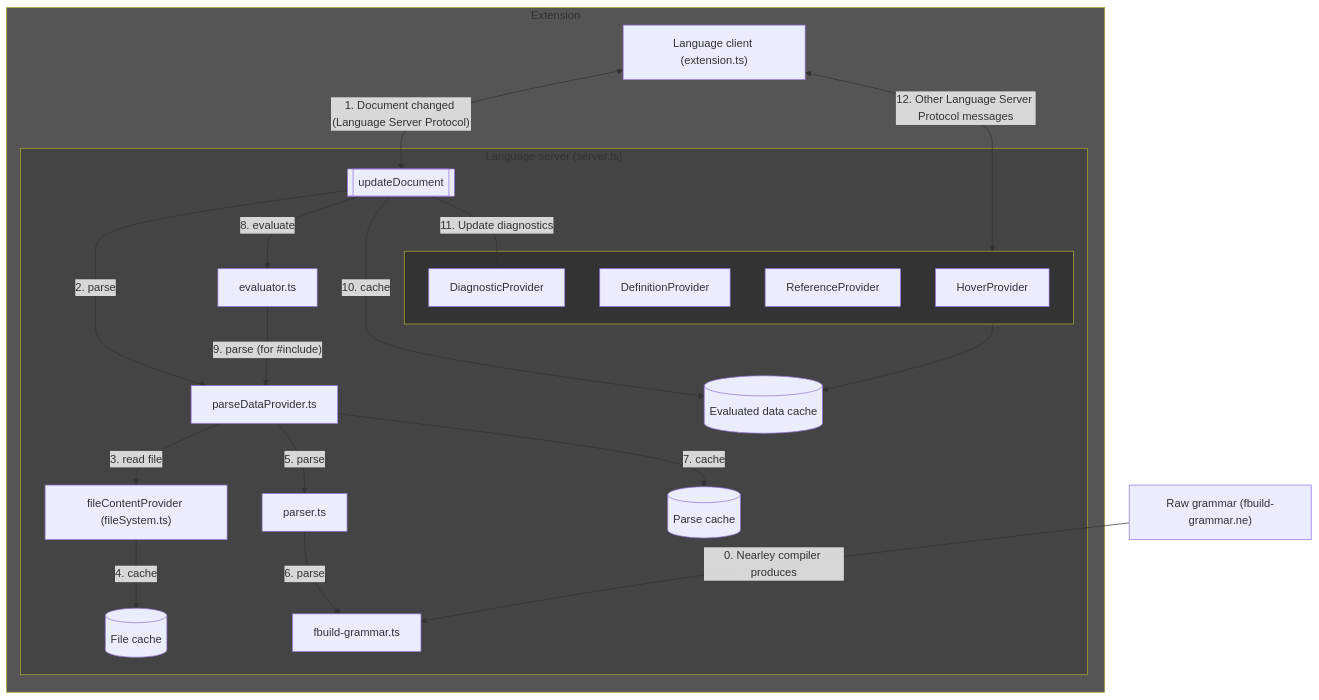
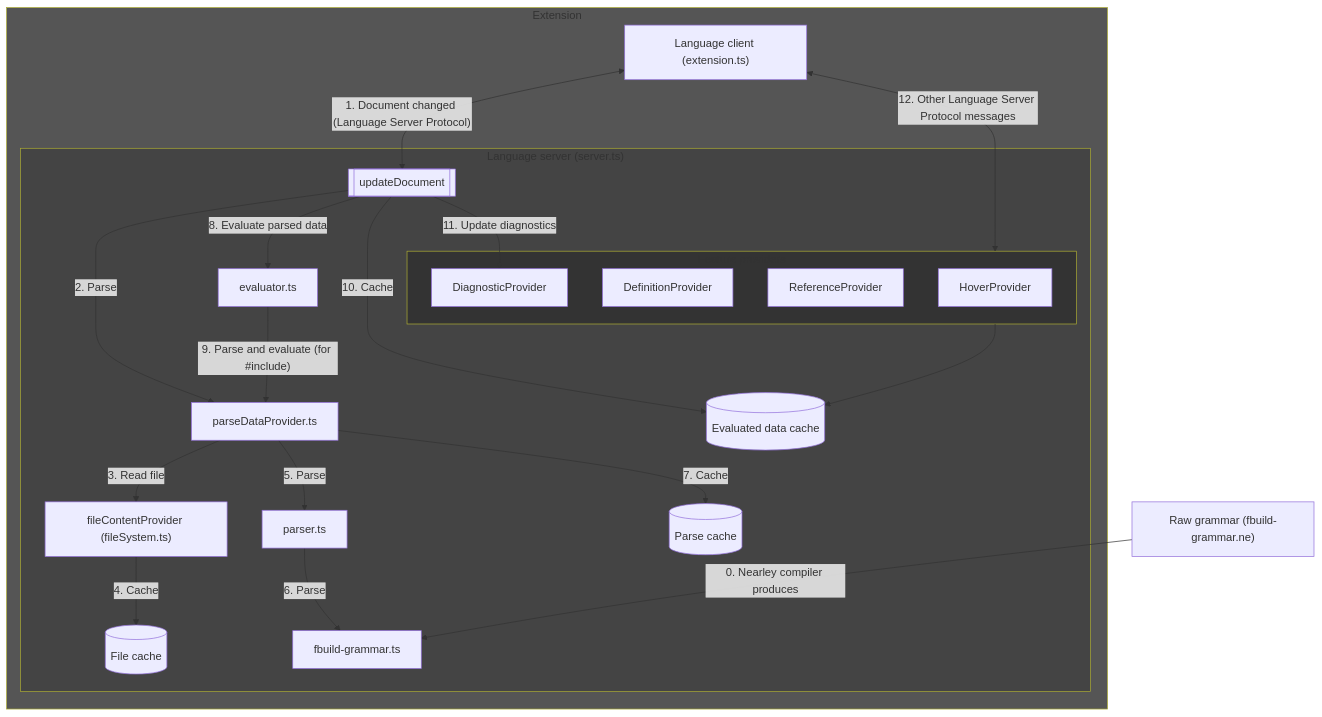
One commit to harrisont/fastbuild-vscode changed the diagram in CONTRIBUTING.md. Above: the diagram before and after it, drawn with Mermaid.

Commit message:
Tweak architecture diagram

````diff
--- a/CONTRIBUTING.md
+++ b/CONTRIBUTING.md
@@ -28,33 +28,33 @@
 ```mermaid
 flowchart TB
     RawGrammar["Raw grammar (fbuild-grammar.ne)"] -->|0. Nearley compiler produces| CompiledGrammar[fbuild-grammar.ts]
     subgraph Extension
         LanguageClient["Language client (extension.ts)"] <-->|"1. Document changed (Language Server Protocol)"| FileUpdate[[updateDocument]]
         subgraph LanguageServer["Language server (server.ts)"]
-            FileUpdate -->|2. parse| ParseDataProvider[parseDataProvider.ts]
-            ParseDataProvider -->|3. read file| FileContentProvider["fileContentProvider (fileSystem.ts)"]
-            FileContentProvider -->|4. cache| FileCache[(File cache)]
-            ParseDataProvider -->|5. parse| Parser[parser.ts]
-            Parser -->|6. parse| CompiledGrammar
-            ParseDataProvider -->|7. cache| ParseCache[(Parse cache)]
-            FileUpdate -->|8. evaluate| Evaluator[evaluator.ts]
-            Evaluator -->|"9. parse (for #include)"| ParseDataProvider
-            FileUpdate -->|10. cache| EvaluatedDataCache[(Evaluated data cache)]
+            FileUpdate -->|2. Parse| ParseDataProvider[parseDataProvider.ts]
+            ParseDataProvider -->|3. Read file| FileContentProvider["fileContentProvider (fileSystem.ts)"]
+            FileContentProvider -->|4. Cache| FileCache[(File cache)]
+            ParseDataProvider -->|5. Parse| Parser[parser.ts]
+            Parser -->|6. Parse| CompiledGrammar
+            ParseDataProvider -->|7. Cache| ParseCache[(Parse cache)]
+            FileUpdate -->|8. Evaluate parsed data| Evaluator[evaluator.ts]
+            Evaluator -->|"9. Parse and evaluate (for #include)"| ParseDataProvider
+            FileUpdate -->|10. Cache| EvaluatedDataCache[(Evaluated data cache)]
 
             subgraph FeatureProviders[Feature providers]
                 HoverProvider
                 DefinitionProvider
                 ReferenceProvider
                 DiagnosticProvider
             end
             FeatureProviders --> EvaluatedDataCache
 
             FileUpdate -->|11. Update diagnostics| DiagnosticProvider
         end
         LanguageClient <-->|12. Other Language Server Protocol messages| FeatureProviders
     end
 
     style Extension fill:#555
     style LanguageServer fill:#444
     style FeatureProviders fill:#333
 ```
````
